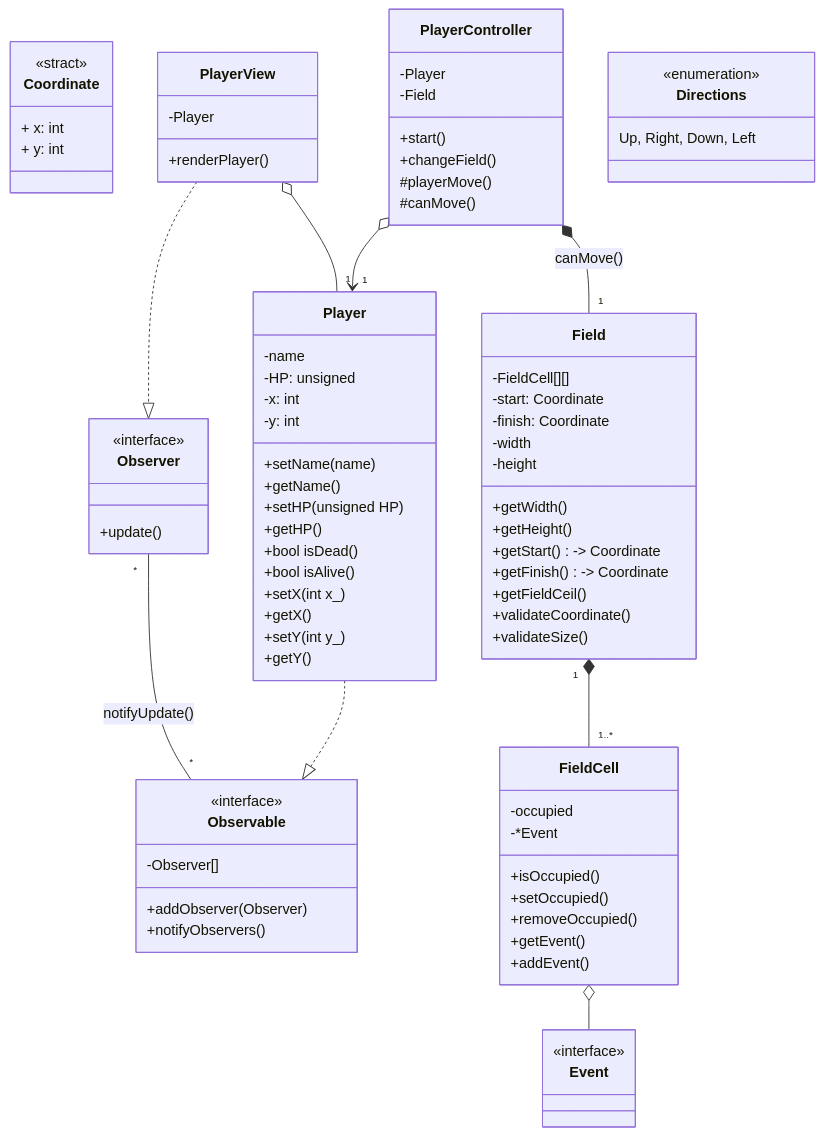
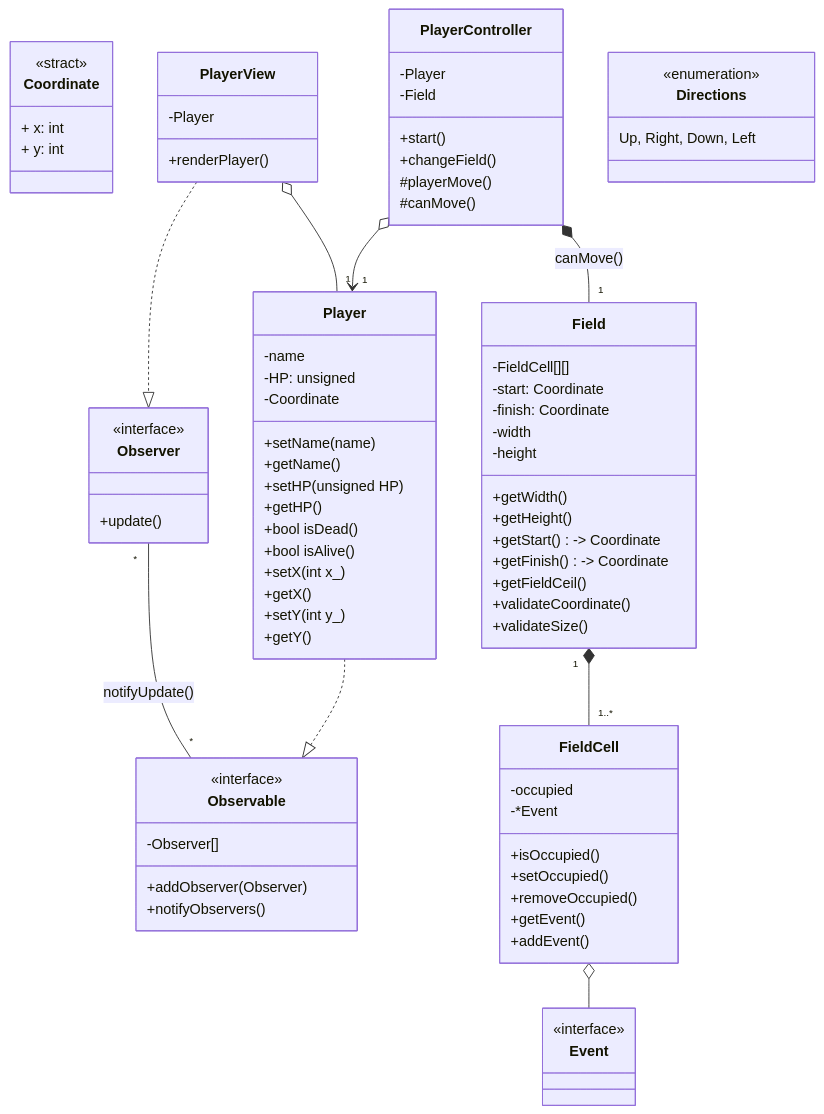
One commit to TeUm3048/oop_zhandirych changed the diagram in class.md. Above: the diagram before and after it, drawn with Mermaid. The commit also changed 1 other file, not shown here.

Commit message:
Undate future and class

```diff
--- a/class.md
+++ b/class.md
@@ -29,8 +29,7 @@
     class Player {
         -name
         -HP: unsigned
-        -x: int
-        -y: int
+        -Coordinate
         +setName(name)
         +getName()
         +setHP(unsigned HP)
```
